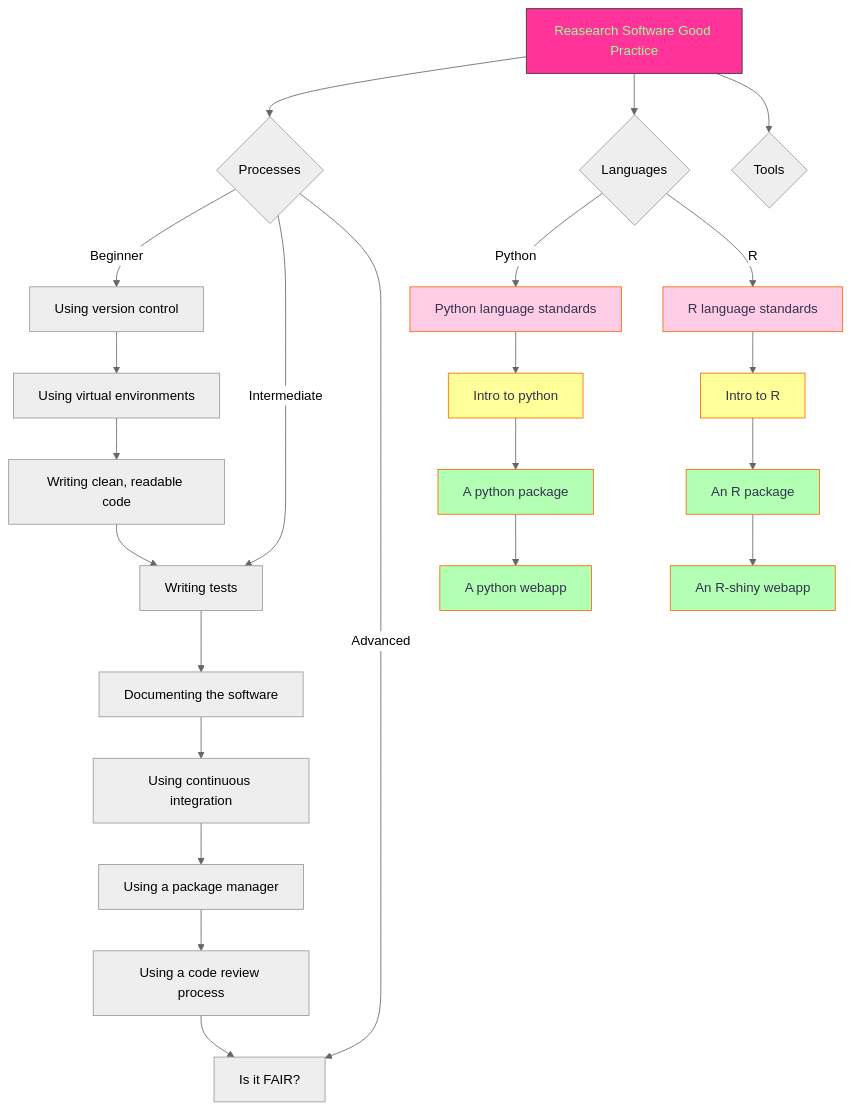
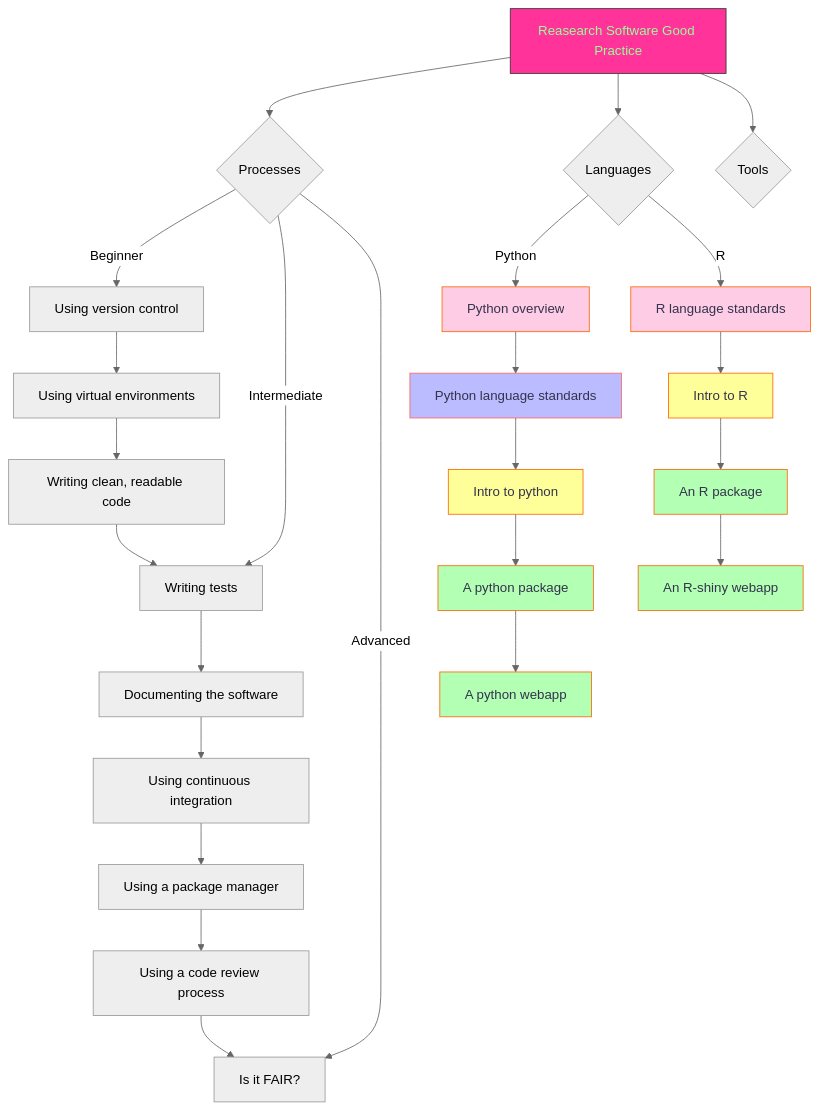
The second of 2 diagrams in docs/index.md (ICR-SC/good-practice), drawn with Mermaid (neutral theme) before and after one commit.

Commit message:
Python overview

````diff
--- a/docs/index.md
+++ b/docs/index.md
@@ -19,35 +19,38 @@
 ``` mermaid
 flowchart TD  
   A[Reasearch Software Good Practice] --> B{Processes};
   B -->|Beginner| C[Using version control];
   C --> D[Using virtual environments];
   D --> E[Writing clean, readable code];
   E --> F[Writing tests];
   B ---->|Intermediate| F;
   F --> G[Documenting the software];
   G --> H[Using continuous integration];
   H --> I[Using a package manager];
   I --> J[Using a code review process];
   J --> K[Is it FAIR?];
   B ---->|Advanced| K;
   A --> EB{Languages};
-  EB --> |Python| PA[Python language standards];
-  PA --> PB[Intro to python];
+  EB --> |Python| PA[Python overview];
+  PA --> PEP8[Python language standards];
+  PEP8 --> PB[Intro to python];
   PB --> PC[A python package];
   PC --> PD[A python webapp];
   EB --> |R| RA[R language standards];
   RA --> RB[Intro to R];
   RB --> RC[An R package];
   RC --> RD[An R-shiny webapp];
   A --> TA{Tools};
   style A fill:#ff3399,stroke:#333,stroke-width:1px,color:#99ff99
   click A "https://icr-rse-group.github.io/good-practice/about/" "RS Good Practice"
   style PA fill:#ffcce6,stroke:#ff6600,stroke-width:1px,color:#33334d
+  click PA "https://icr-rse-group.github.io/good-practice/good/python/" "Python Overview"
+  style PEP8 fill:#bbf,stroke:#f66,stroke-width:1px,color:#33334d
   style PB fill:#ffff99,stroke:#ff6600,stroke-width:1px,color:#33334d
   style PC fill:#b3ffb3,stroke:#ff6600,stroke-width:1px,color:#33334d
   style PD fill:#b3ffb3,stroke:#ff6600,stroke-width:1px,color:#33334d
   style RA fill:#ffcce6,stroke:#ff6600,stroke-width:1px,color:#33334d
   style RB fill:#ffff99,stroke:#ff6600,stroke-width:1px,color:#33334d
   style RC fill:#b3ffb3,stroke:#ff6600,stroke-width:1px,color:#33334d
   style RD fill:#b3ffb3,stroke:#ff6600,stroke-width:1px,color:#33334d
 ```
````
